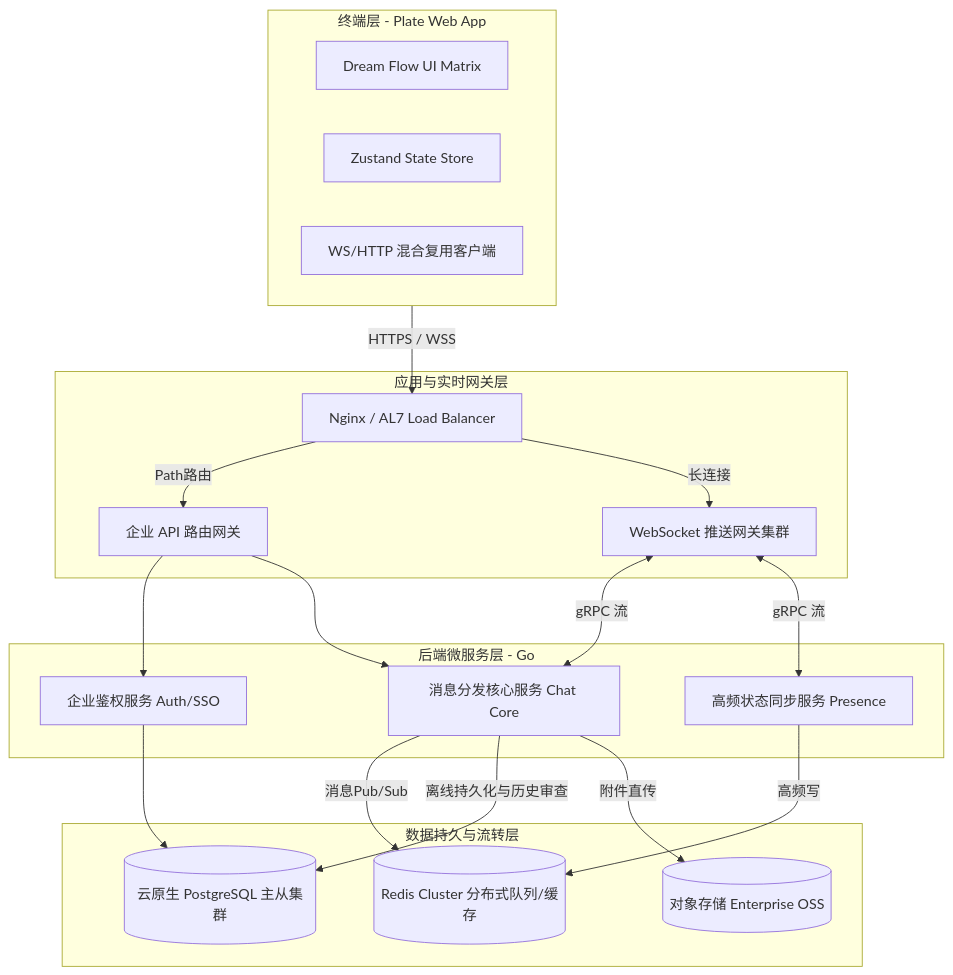
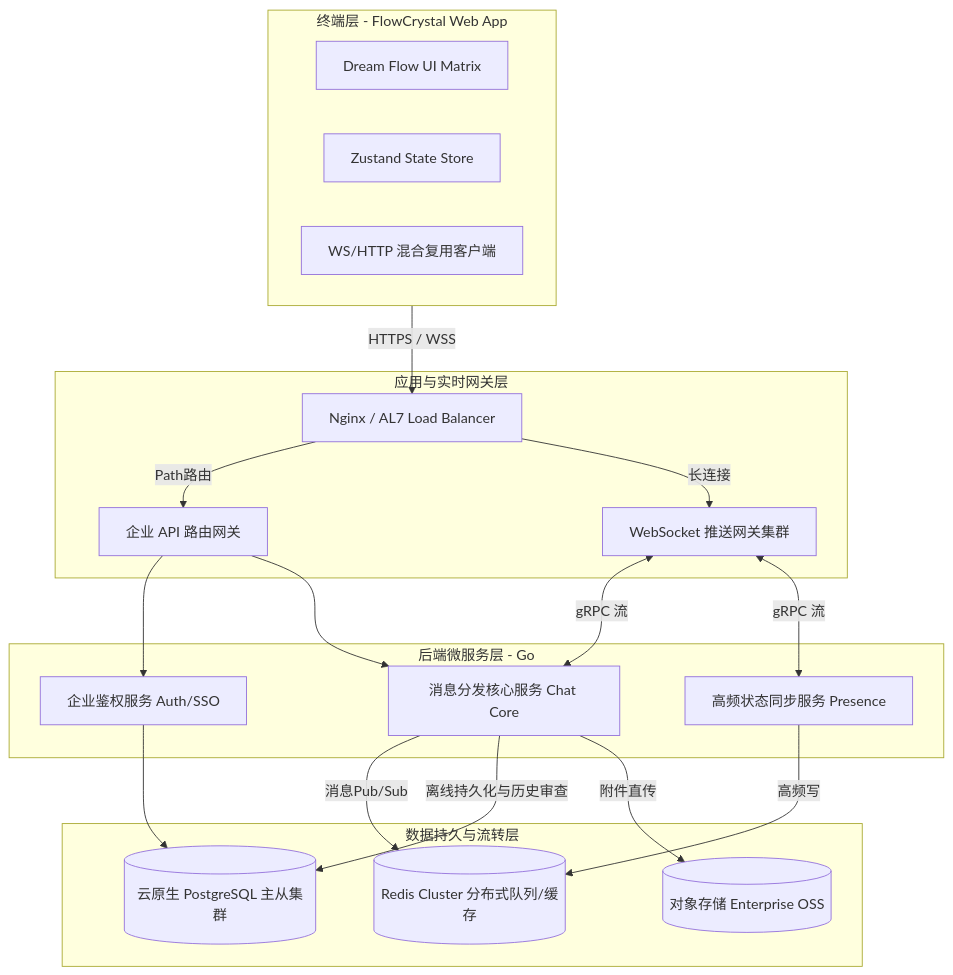
Before and after one commit to PlateWin/Plate: the first of 2 diagrams in docs/Phase1_Design.md, drawn with Mermaid. The commit also changed other lines of this file and 25 other files, not shown here.

````diff
--- a/docs/Phase1_Design.md
+++ b/docs/Phase1_Design.md
@@ -40,45 +41,45 @@
 ```mermaid
 graph TD
     %% 用户终端
-    subgraph Client [终端层 - Plate Web App]
+    subgraph Client [终端层 - FlowCrystal Web App]
         UI[Dream Flow UI Matrix]
         State[Zustand State Store]
         Conn[WS/HTTP 混合复用客户端]
     end
 
     %% 负载与网关层
     subgraph Gateway [应用与实时网关层]
         LB[Nginx / AL7 Load Balancer]
         WSGateway[WebSocket 推送网关集群]
         API[企业 API 路由网关]
     end
 
     %% 微服务层 (核心通信与业务隔离)
     subgraph Services [后端微服务层 - Go]
         AuthSvc[企业鉴权服务 Auth/SSO]
         ChatCore[消息分发核心服务 Chat Core]
         Presence[高频状态同步服务 Presence]
     end
 
     %% 存储与缓存层
     subgraph Data [数据持久与流转层]
         Redis[(Redis Cluster 分布式队列/缓存)]
         PG[(云原生 PostgreSQL 主从集群)]
         OSS[(对象存储 Enterprise OSS)]
     end
 
     Client -->|HTTPS / WSS| LB
     LB -->|Path路由| API
     LB -->|长连接| WSGateway
 
     API --> AuthSvc
     API --> ChatCore
     WSGateway <-->|gRPC 流| ChatCore
     WSGateway <-->|gRPC 流| Presence
 
     ChatCore -->|消息Pub/Sub| Redis
     Presence -->|高频写| Redis
     ChatCore -->|离线持久化与历史审查| PG
     AuthSvc --> PG
     ChatCore -->|附件直传| OSS
 ```
````
